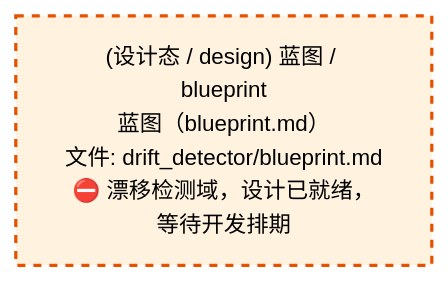
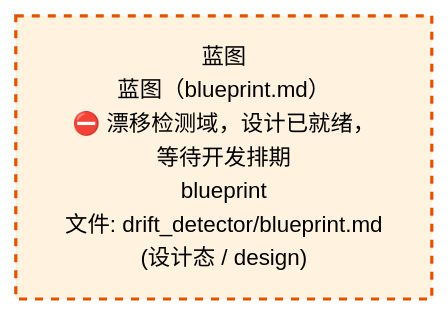
Before and after one commit to xuanFelixVan/ZephyrAlpha: the third of 4 diagrams in docs/02_enterprise_architecture/02_domain_architecture_docs/52_d_gov_drift.md, drawn with Mermaid. The commit also changed other lines of this file and 62 other files, not shown here.

````diff
--- a/docs/02_enterprise_architecture/02_domain_architecture_docs/52_d_gov_drift.md
+++ b/docs/02_enterprise_architecture/02_domain_architecture_docs/52_d_gov_drift.md
@@ -457,10 +457,10 @@
 ```mermaid
 %%{init: {'theme': 'base', 'themeVariables': {'primaryColor': '#eaeaea', 'primaryTextColor': '#333333', 'primaryBorderColor': '#666666', 'lineColor': '#666666', 'secondaryColor': '#eaeaea', 'tertiaryColor': '#eaeaea', 'fontSize': '14px'}}}%%
 flowchart TD
-    docs_03_modules_domain_governance_drift_detector_blueprint_md["(设计态 / design) 蓝图 / blueprint<br/>蓝图（blueprint.md）<br/>文件: drift_detector/blueprint.md<br/>⛔ 漂移检测域，设计已就绪，等待开发排期"]
+    docs_03_modules_domain_governance_drift_detector_blueprint_md["蓝图<br/>蓝图（blueprint.md）<br/>⛔ 漂移检测域，设计已就绪，等待开发排期<br/>blueprint<br/>文件: drift_detector/blueprint.md<br/>(设计态 / design)"]
     classDef production fill:#e1f5fe,stroke:#01579b,stroke-width:2px,color:#000
     classDef design fill:#fff3e0,stroke:#e65100,stroke-width:2px,color:#000,stroke-dasharray: 5 5
     classDef external_prod fill:#e8f4fd,stroke:#0277bd,stroke-width:1px,color:#000
     classDef external_design fill:#fff8e7,stroke:#ef6c00,stroke-width:1px,color:#000,stroke-dasharray: 5 5
     class docs_03_modules_domain_governance_drift_detector_blueprint_md design
 ```
````
